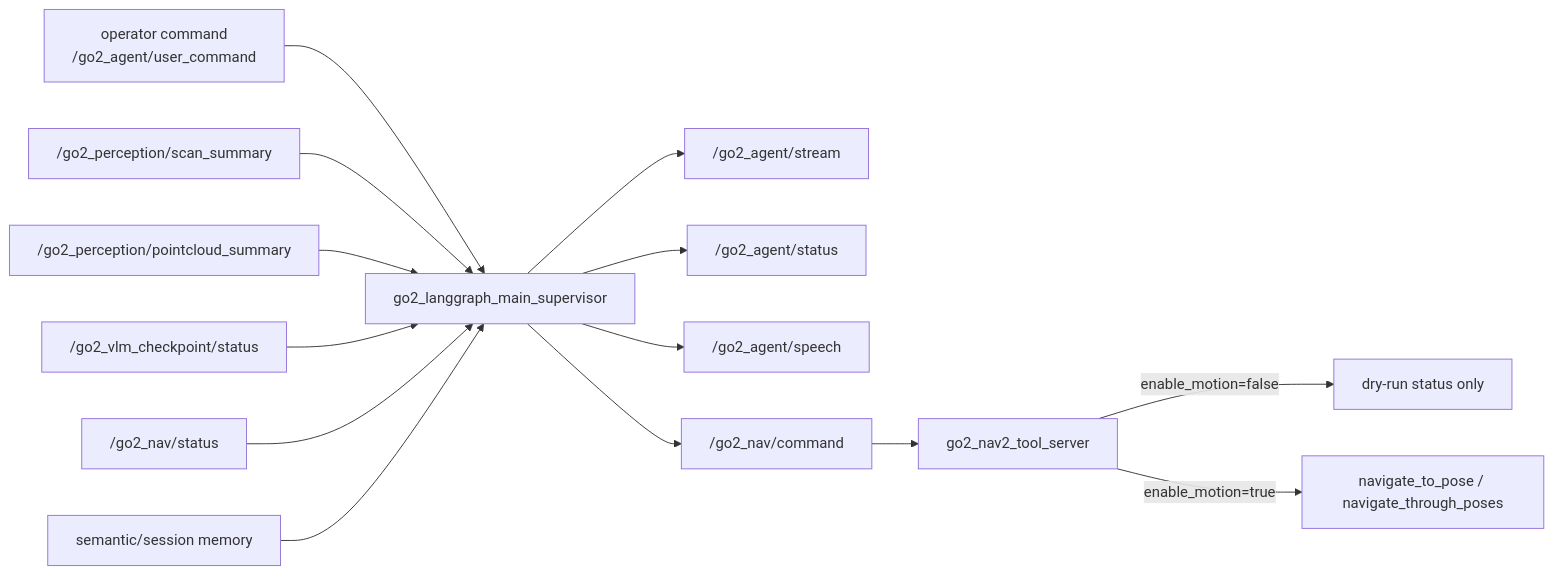
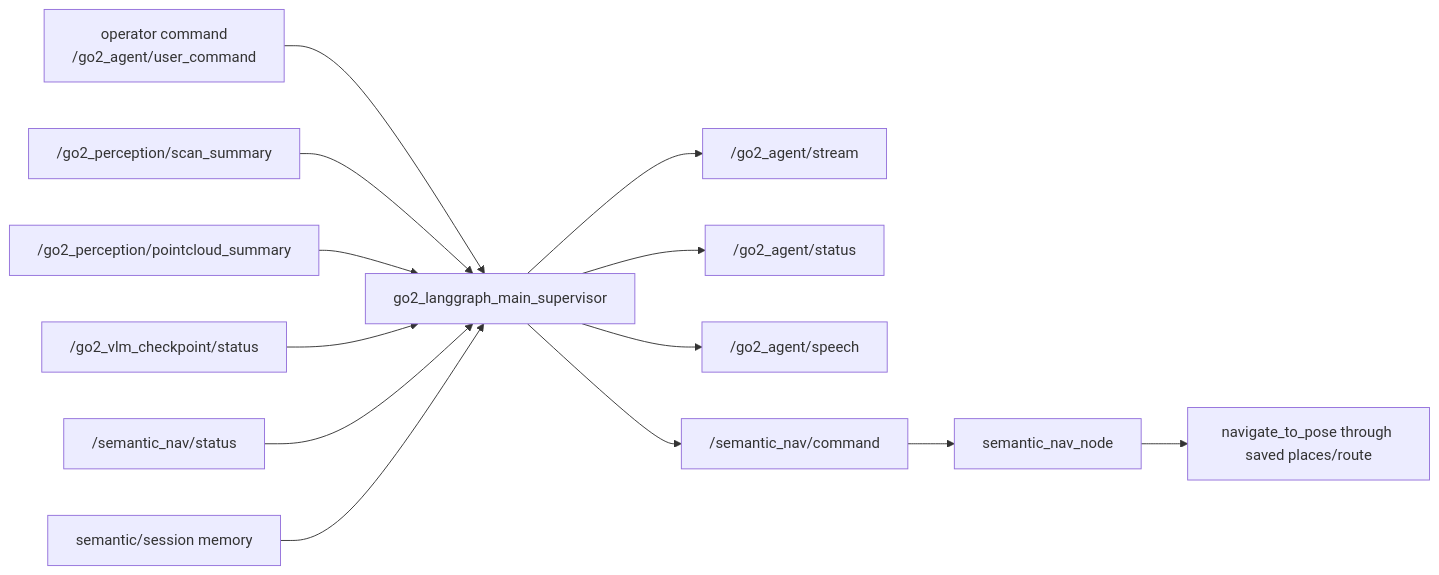
Before and after one commit to pateldhruv1672/go2_ros: the sixth of 8 diagrams in docs/ARCHITECTURE.md, drawn with Mermaid. The commit also changed other lines of this file and 12 other files, not shown here.

````diff
--- a/docs/ARCHITECTURE.md
+++ b/docs/ARCHITECTURE.md
@@ -226,16 +227,15 @@
 ```mermaid
 flowchart LR
   User["operator command\n/go2_agent/user_command"] --> Supervisor["go2_langgraph_main_supervisor"]
   ScanSummary["/go2_perception/scan_summary"] --> Supervisor
   PointSummary["/go2_perception/pointcloud_summary"] --> Supervisor
   VLM["/go2_vlm_checkpoint/status"] --> Supervisor
-  NavStatus["/go2_nav/status"] --> Supervisor
+  SemanticStatus["/semantic_nav/status"] --> Supervisor
   Memory["semantic/session memory"] --> Supervisor
   Supervisor --> Stream["/go2_agent/stream"]
   Supervisor --> Status["/go2_agent/status"]
   Supervisor --> Speech["/go2_agent/speech"]
-  Supervisor --> NavCommand["/go2_nav/command"]
-  NavCommand --> NavTool["go2_nav2_tool_server"]
-  NavTool -->|enable_motion=false| DryRun["dry-run status only"]
-  NavTool -->|enable_motion=true| Nav2Action["navigate_to_pose / navigate_through_poses"]
+  Supervisor --> SemanticCommand["/semantic_nav/command"]
+  SemanticCommand --> ResumeNode["semantic_nav_node"]
+  ResumeNode --> Nav2Action["navigate_to_pose through saved places/route"]
 ```
````
